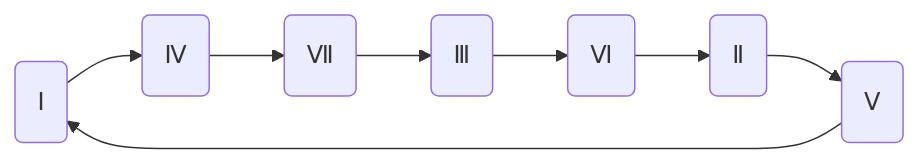
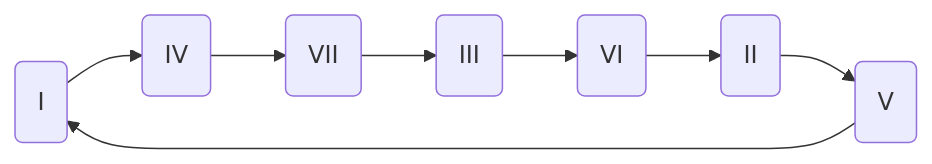
Before and after one commit to bowenEI/bowenEI.github.io: the diagram in content/music-theory/和弦.md, drawn with Mermaid. The commit also changed other lines of this file and 3 other files, not shown here.

````diff
--- a/content/music-theory/和弦.md
+++ b/content/music-theory/和弦.md
@@ -624,4 +636,4 @@
 ```mermaid
 flowchart LR
-    C(Ⅰ) --> F(Ⅳ) --> B(Ⅶ) --> E(Ⅲ) --> A(Ⅵ) --> D(Ⅱ) --> G(Ⅴ) --> C(Ⅰ)
+    C(I) --> F(IV) --> B(VII) --> E(III) --> A(VI) --> D(II) --> G(V) --> C(I)
 ```
````
